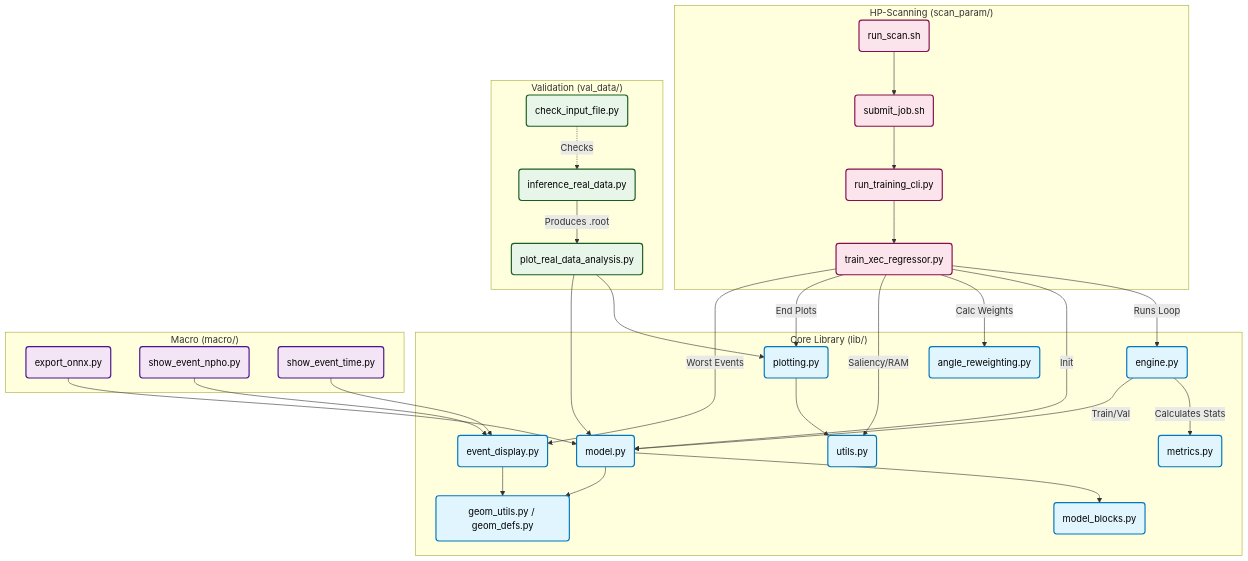
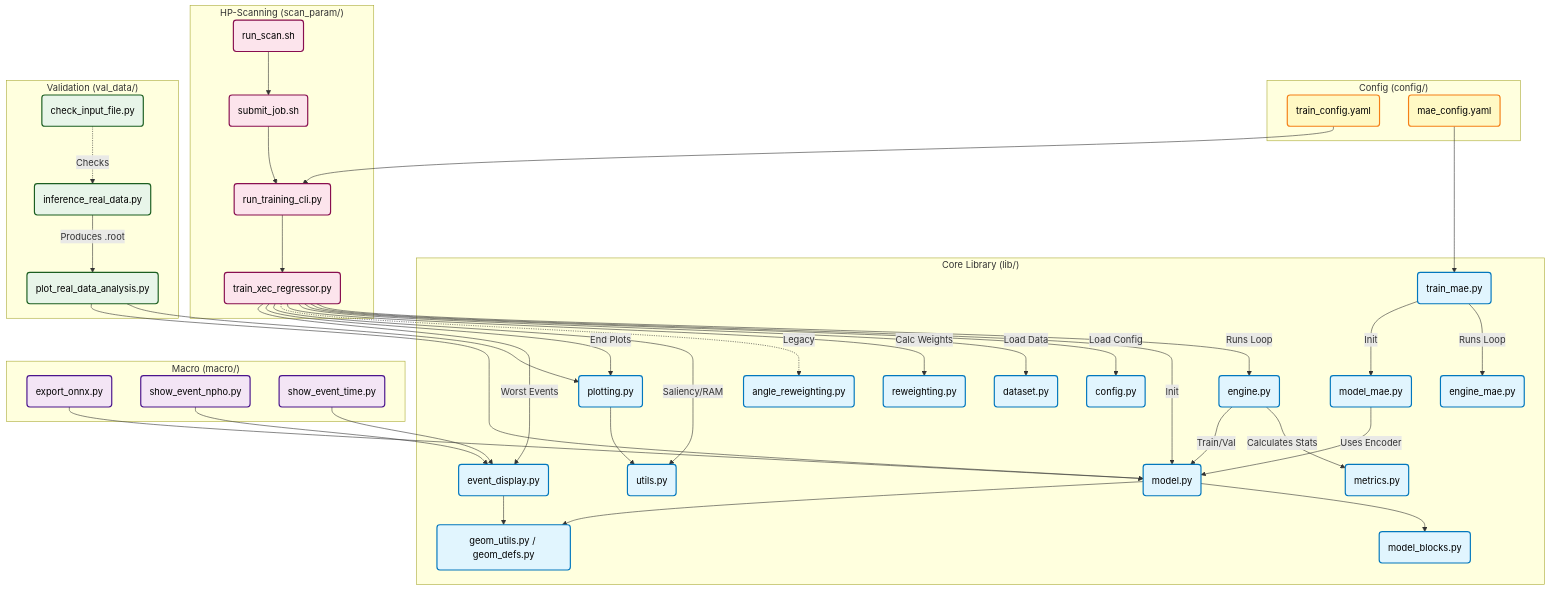
Before and after one commit to weiyuanli-icepp/xec-ml-wl: the third of 3 diagrams in README.md, drawn with Mermaid. The commit also changed other lines of this file and 6 other files, not shown here.

First line of the commit message:
Enhance MAE training with detailed metrics, EMA support, and event display

```diff
--- a/README.md
+++ b/README.md
@@ -533,6 +664,13 @@
     classDef scan fill:#fce4ec,stroke:#880e4f,stroke-width:2px,color:#000000;
     classDef val fill:#e8f5e9,stroke:#1b5e20,stroke-width:2px,color:#000000;
     classDef macro fill:#f3e5f5,stroke:#4a148c,stroke-width:2px,color:#000000;
+    classDef config fill:#fff9c4,stroke:#f57f17,stroke-width:2px,color:#000000;
+
+    %% -- Configuration (Yellow) --
+    subgraph "Config (config/)"
+        TrainYaml(train_config.yaml):::config
+        MaeYaml(mae_config.yaml):::config
+    end
 
     %% -- Training & Scanning (Pink) --
     subgraph "HP-Scanning (scan_param/)"
@@ -548,16 +686,26 @@
         Engine(engine.py):::lib
         Model(model.py):::lib
         Blocks(model_blocks.py):::lib
-        
+
+        %% Config & Data
+        Config(config.py):::lib
+        Dataset(dataset.py):::lib
+
+        %% MAE Components
+        EngineMae(engine_mae.py):::lib
+        ModelMae(model_mae.py):::lib
+        TrainMae(train_mae.py):::lib
+
         %% Utilities
         Utils(utils.py):::lib
-        Reweight(angle_reweighting.py):::lib
+        Reweight(reweighting.py):::lib
+        ReweightLegacy(angle_reweighting.py):::lib
         Metrics(metrics.py):::lib
-        
+
         %% Visualization
         Plotting(plotting.py):::lib
         EventDisp(event_display.py):::lib
-        
+
         %% Geometry Foundation
         Geom(geom_utils.py / geom_defs.py):::lib
     end
@@ -578,6 +726,10 @@
 
     %% -- Dependencies --
 
+    %% 0. Config Flow
+    TrainYaml --> CLI
+    MaeYaml --> TrainMae
+
     %% 1. Scanning Flow
     RunScan --> Submit
     Submit --> CLI
@@ -586,12 +738,20 @@
     %% 2. Main Script Orchestration (The Glue)
     TrainScript -->|Runs Loop| Engine
     TrainScript -->|Init| Model
+    TrainScript -->|Load Config| Config
+    TrainScript -->|Load Data| Dataset
     TrainScript -->|Calc Weights| Reweight
+    TrainScript -.->|Legacy| ReweightLegacy
     TrainScript -->|Saliency/RAM| Utils
     TrainScript -->|End Plots| Plotting
     TrainScript -->|Worst Events| EventDisp
 
-    %% 3. Internal Library Dependencies
+    %% 3. MAE Training Flow
+    TrainMae -->|Runs Loop| EngineMae
+    TrainMae -->|Init| ModelMae
+    ModelMae -->|Uses Encoder| Model
+
+    %% 4. Internal Library Dependencies
     Engine -->|Calculates Stats| Metrics
     Engine -->|Train/Val| Model
     Model --> Blocks
```
